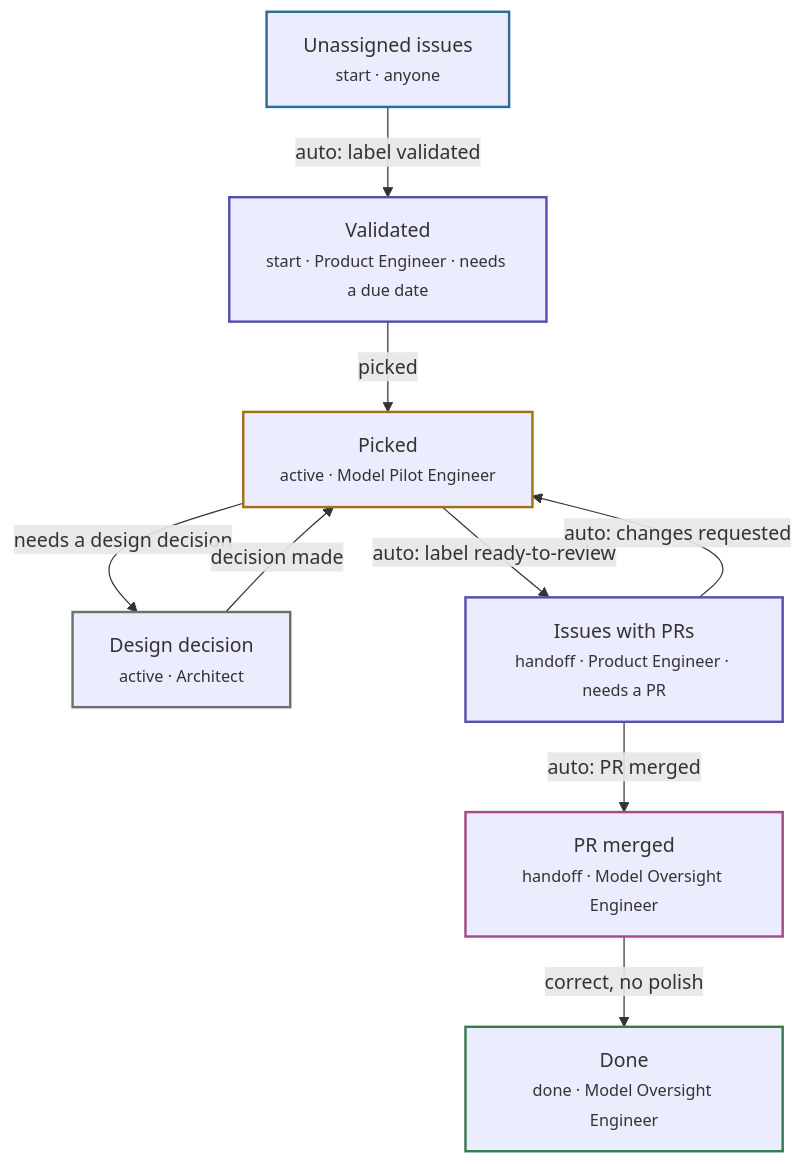
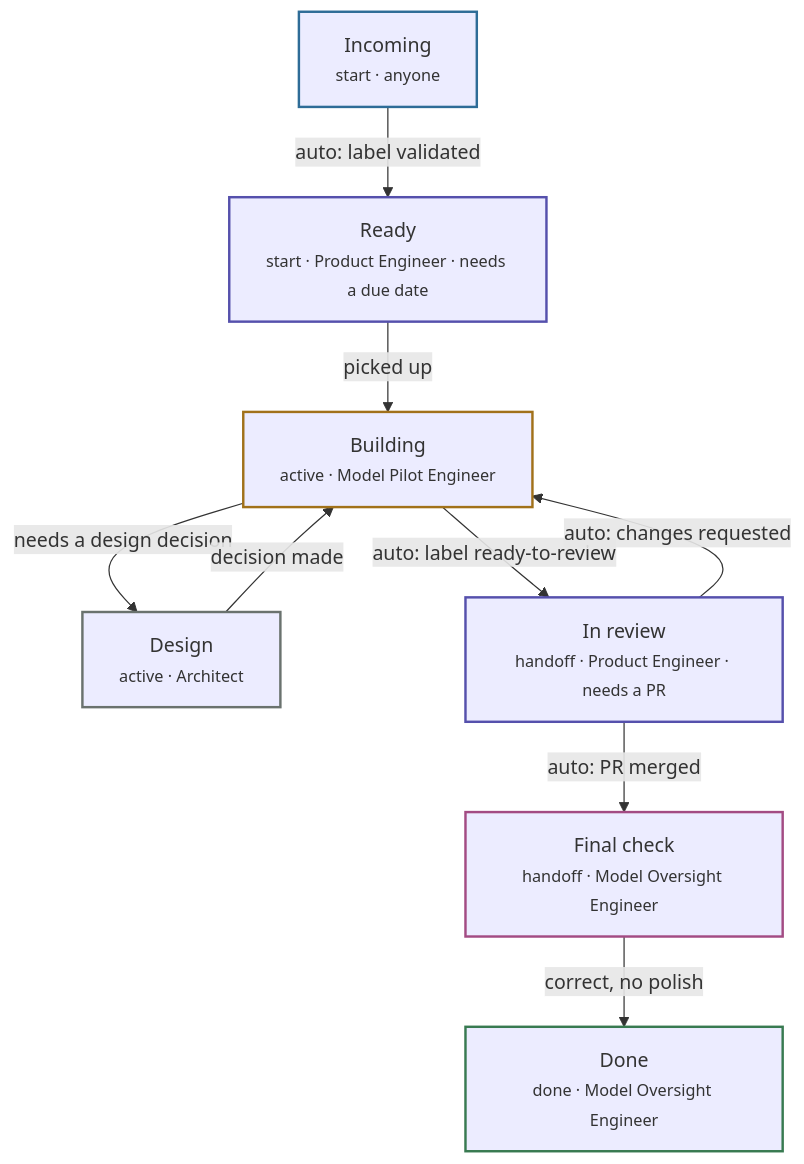
Before and after one commit to kashmithnisakya/flowline: the third of 3 diagrams in docs/content/concepts/flow-lines.md, drawn with Mermaid. The commit also changed 3 other files, not shown here.

Commit message:
Rename the Software team steps: Incoming, Ready, Building, Design, In review, Final check

````diff
--- a/docs/content/concepts/flow-lines.md
+++ b/docs/content/concepts/flow-lines.md
@@ -127,32 +127,32 @@
 ```mermaid
 flowchart TB
-    U["Unassigned issues<br/><small>start · anyone</small>"]
-    V["Validated<br/><small>start · Product Engineer · needs a due date</small>"]
-    P["Picked<br/><small>active · Model Pilot Engineer</small>"]
-    A["Design decision<br/><small>active · Architect</small>"]
-    R["Issues with PRs<br/><small>handoff · Product Engineer · needs a PR</small>"]
-    M["PR merged<br/><small>handoff · Model Oversight Engineer</small>"]
+    U["Incoming<br/><small>start · anyone</small>"]
+    V["Ready<br/><small>start · Product Engineer · needs a due date</small>"]
+    P["Building<br/><small>active · Model Pilot Engineer</small>"]
+    A["Design<br/><small>active · Architect</small>"]
+    R["In review<br/><small>handoff · Product Engineer · needs a PR</small>"]
+    M["Final check<br/><small>handoff · Model Oversight Engineer</small>"]
     D["Done<br/><small>done · Model Oversight Engineer</small>"]
 
     U -- "auto: label validated" --> V
-    V -- "picked" --> P
+    V -- "picked up" --> P
     P -- "needs a design decision" --> A
     A -- "decision made" --> P
     P -- "auto: label ready-to-review" --> R
     R -- "auto: changes requested" --> P
     R -- "auto: PR merged" --> M
     M -- "correct, no polish" --> D
 
     classDef sky stroke:#2e6c97,stroke-width:2px
     classDef indigo stroke:#5550ac,stroke-width:2px
     classDef slate stroke:#6a726e,stroke-width:2px
     classDef amber stroke:#a1711a,stroke-width:2px
     classDef rose stroke:#a34b83,stroke-width:2px
     classDef emerald stroke:#387a51,stroke-width:2px
     class U sky
     class V,R indigo
     class A slate
     class P amber
     class M rose
     class D emerald
 ```
````
